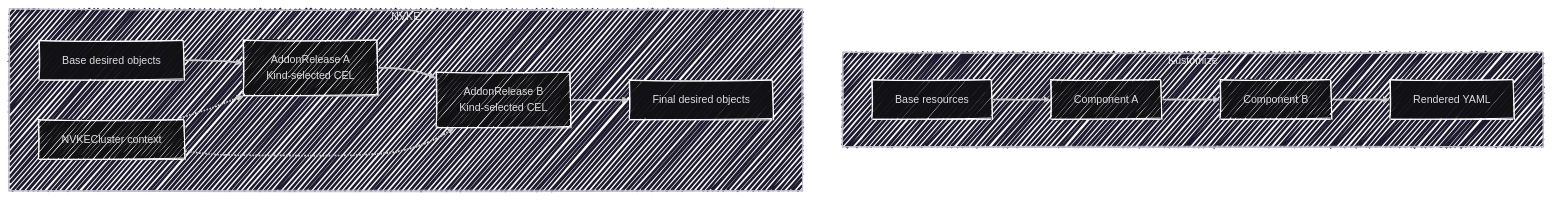
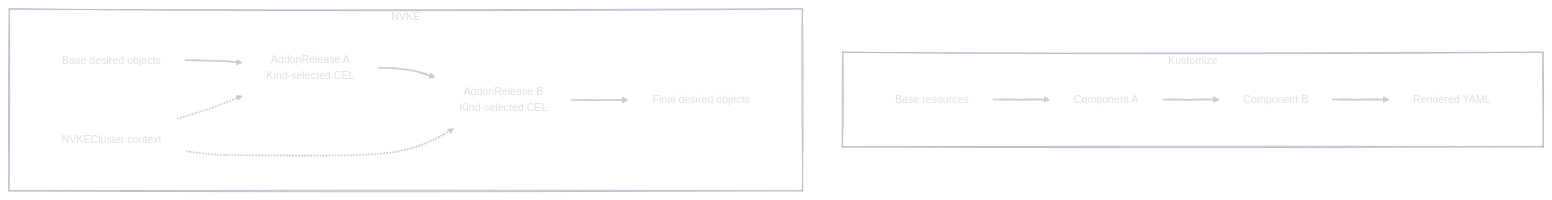
One commit to Jay-Madden/nvke changed the second of 2 diagrams in docs/adrs/20261123-addon-system.md. Above: the diagram before and after it, drawn with Mermaid. The commit also changed other lines of this file, not shown here.

Commit message:
chore: fix some mermaid stuff

````diff
--- a/docs/adrs/20261123-addon-system.md
+++ b/docs/adrs/20261123-addon-system.md
@@ -53,20 +56,24 @@
 ```mermaid
 %%{init: {"theme": "redux-dark-color", "look": "handDrawn"}}%%
 flowchart TB
     subgraph kustomize["Kustomize"]
         direction LR
         base["Base resources"] --> componentA["Component A"]
         componentA --> componentB["Component B"]
         componentB --> yaml["Rendered YAML"]
     end
 
     subgraph nvke["NVKE"]
         direction LR
         desired["Base desired objects"] --> addonA["AddonRelease A<br/>Kind-selected CEL"]
         addonA --> addonB["AddonRelease B<br/>Kind-selected CEL"]
         addonB --> output["Final desired objects"]
 
         context["NVKECluster context"] -.-> addonA
         context -.-> addonB
     end
+
+    classDef default fill:none;
+    style kustomize fill:none;
+    style nvke fill:none;
 ```
````
